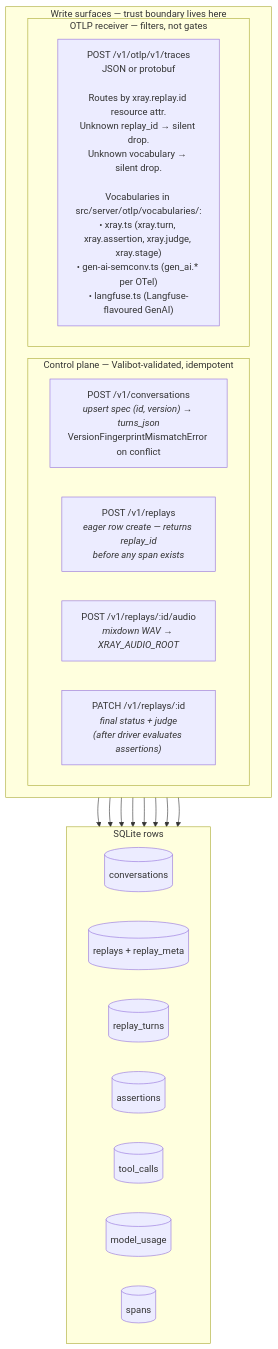
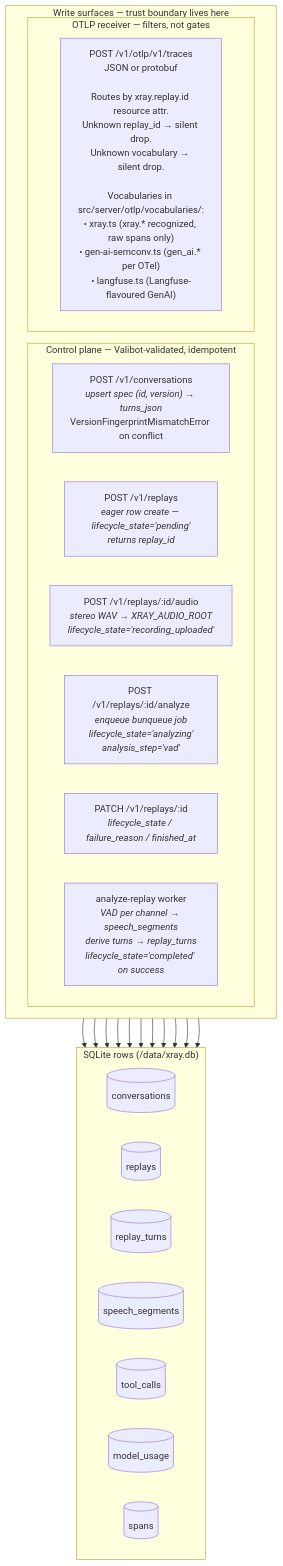
Before and after one commit to xray-eval/xray: the second of 5 diagrams in docs/architecture.md, drawn with Mermaid. The commit also changed other lines of this file and 65 other files, not shown here.

First line of the commit message:
feat: server-as-analyzer — stereo WAV upload + VAD + turn derivation (#65)

````diff
--- a/docs/architecture.md
+++ b/docs/architecture.md
@@ -103,35 +117,40 @@
 ```mermaid
 flowchart TB
     subgraph WRITES["Write surfaces — trust boundary lives here"]
       direction LR
       subgraph CP["Control plane — Valibot-validated, idempotent"]
         CP1["POST /v1/conversations<br/><i>upsert spec (id, version) → turns_json</i><br/>VersionFingerprintMismatchError on conflict"]
-        CP2["POST /v1/replays<br/><i>eager row create — returns replay_id<br/>before any span exists</i>"]
-        CP3["POST /v1/replays/:id/audio<br/><i>mixdown WAV → XRAY_AUDIO_ROOT</i>"]
-        CP4["PATCH /v1/replays/:id<br/><i>final status + judge<br/>(after driver evaluates assertions)</i>"]
+        CP2["POST /v1/replays<br/><i>eager row create — lifecycle_state='pending'<br/>returns replay_id</i>"]
+        CP3["POST /v1/replays/:id/audio<br/><i>stereo WAV → XRAY_AUDIO_ROOT<br/>lifecycle_state='recording_uploaded'</i>"]
+        CP4["POST /v1/replays/:id/analyze<br/><i>enqueue bunqueue job<br/>lifecycle_state='analyzing'<br/>analysis_step='vad'</i>"]
+        CP5["PATCH /v1/replays/:id<br/><i>lifecycle_state / failure_reason / finished_at</i>"]
+        CP6["analyze-replay worker<br/><i>VAD per channel → speech_segments<br/>derive turns → replay_turns<br/>lifecycle_state='completed' on success</i>"]
       end
       subgraph RX["OTLP receiver — filters, not gates"]
-        RX1["POST /v1/otlp/v1/traces<br/>JSON or protobuf<br/><br/>Routes by xray.replay.id resource attr.<br/>Unknown replay_id → silent drop.<br/>Unknown vocabulary → silent drop.<br/><br/>Vocabularies in src/server/otlp/vocabularies/:<br/>• xray.ts (xray.turn, xray.assertion, xray.judge, xray.stage)<br/>• gen-ai-semconv.ts (gen_ai.* per OTel)<br/>• langfuse.ts (Langfuse-flavoured GenAI)"]
+        RX1["POST /v1/otlp/v1/traces<br/>JSON or protobuf<br/><br/>Routes by xray.replay.id resource attr.<br/>Unknown replay_id → silent drop.<br/>Unknown vocabulary → silent drop.<br/><br/>Vocabularies in src/server/otlp/vocabularies/:<br/>• xray.ts (xray.* recognized, raw spans only)<br/>• gen-ai-semconv.ts (gen_ai.* per OTel)<br/>• langfuse.ts (Langfuse-flavoured GenAI)"]
       end
     end
 
-    subgraph TABLES["SQLite rows"]
+    subgraph TABLES["SQLite rows (/data/xray.db)"]
       direction LR
       T_C[("conversations")]
-      T_R[("replays + replay_meta")]
+      T_R[("replays")]
       T_RT[("replay_turns")]
-      T_A[("assertions")]
+      T_SS[("speech_segments")]
       T_TC[("tool_calls")]
       T_MU[("model_usage")]
       T_S[("spans")]
     end
 
     CP1 --> T_C
     CP2 --> T_R
+    CP3 --> T_R
     CP4 --> T_R
-    RX1 --> T_RT
-    RX1 --> T_A
+    CP5 --> T_R
+    CP6 --> T_R
+    CP6 --> T_RT
+    CP6 --> T_SS
     RX1 --> T_TC
     RX1 --> T_MU
     RX1 --> T_S
 ```
````
